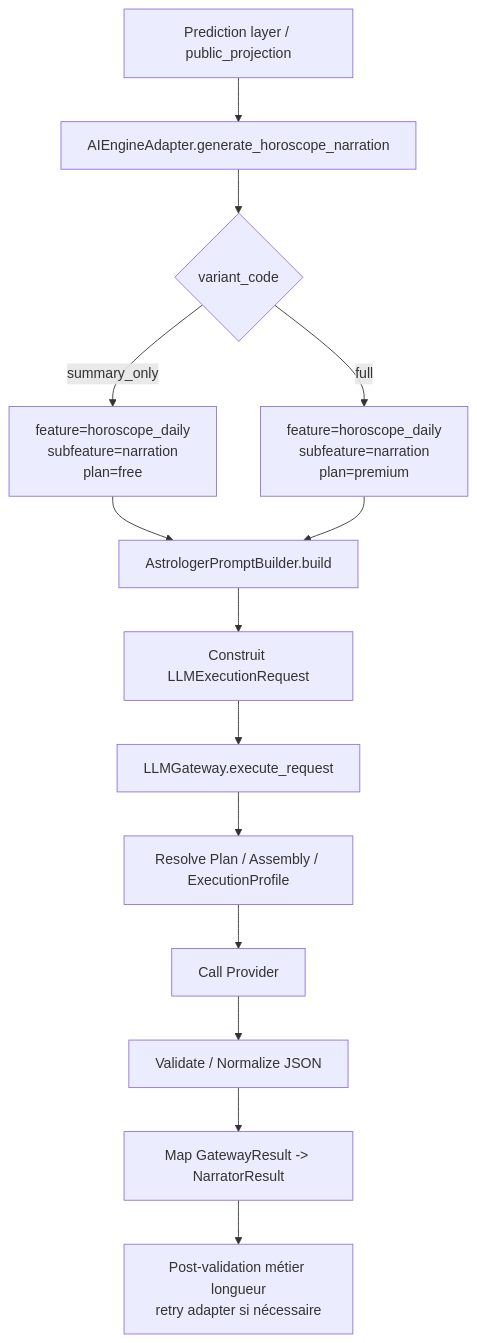
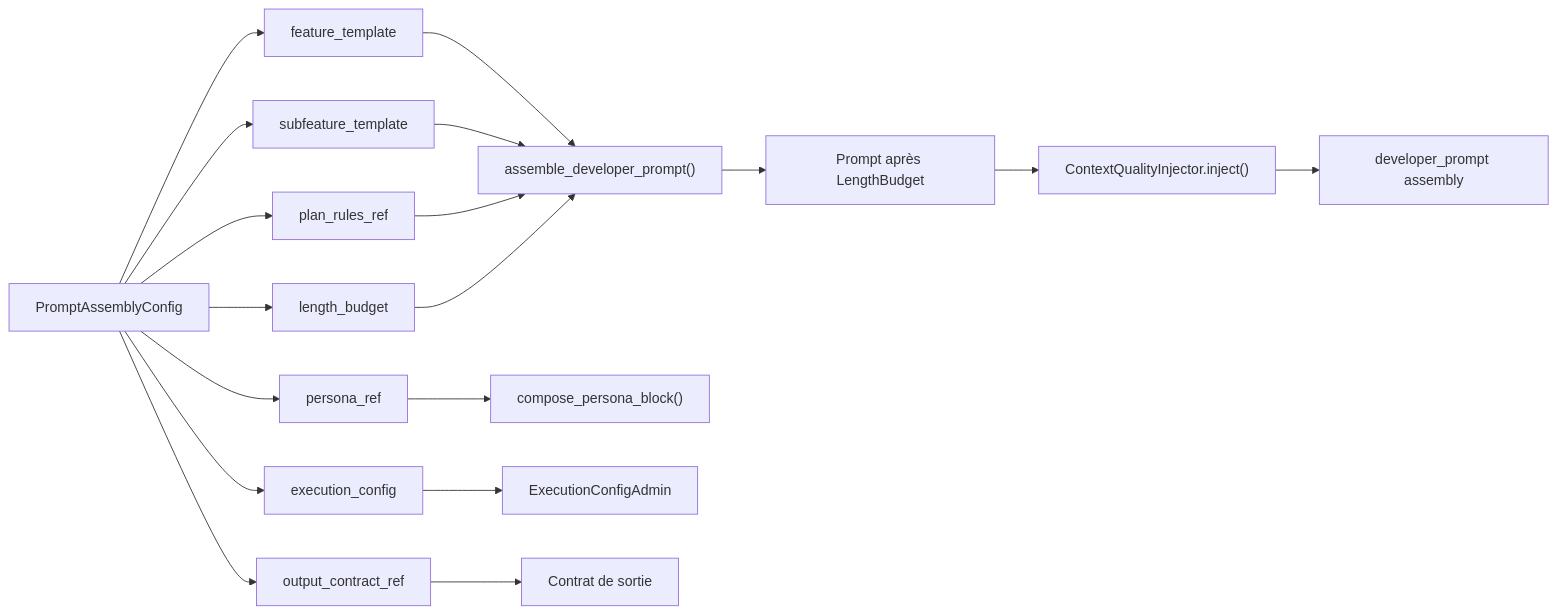
Before and after one commit to daconrilcy/horoscope_front: the fourth of 6 diagrams in docs/llm-prompt-generation-by-feature.md, drawn with Mermaid. The commit also changed other lines of this file and 32 other files, not shown here.

Commit message:
feat(llm): story 66.27 - propagate context_quality_handled_by_template to observability

````diff
--- a/docs/llm-prompt-generation-by-feature.md
+++ b/docs/llm-prompt-generation-by-feature.md
@@ -246,16 +242,21 @@
 ```mermaid
-flowchart TD
-    A["Prediction layer / public_projection"] --> B["AIEngineAdapter.generate_horoscope_narration"]
-    B --> C{"variant_code"}
-    C -->|summary_only| D["feature=horoscope_daily<br/>subfeature=narration<br/>plan=free"]
-    C -->|full| E["feature=horoscope_daily<br/>subfeature=narration<br/>plan=premium"]
-    D --> F["AstrologerPromptBuilder.build"]
-    E --> F
-    F --> G["Construit LLMExecutionRequest"]
-    G --> H["LLMGateway.execute_request"]
-    H --> I["Resolve Plan / Assembly / ExecutionProfile"]
-    I --> J["Call Provider"]
-    J --> K["Validate / Normalize JSON"]
-    K --> L["Map GatewayResult -> NarratorResult"]
-    L --> M["Post-validation métier longueur<br/>retry adapter si nécessaire"]
+flowchart LR
+    A["PromptAssemblyConfig"] --> B["feature_template"]
+    A --> C["subfeature_template"]
+    A --> D["plan_rules_ref"]
+    A --> E["persona_ref"]
+    A --> F["execution_config"]
+    A --> G["output_contract_ref"]
+    A --> H["length_budget"]
+
+    B --> I["assemble_developer_prompt()"]
+    C --> I
+    D --> I
+    H --> I
+    I --> J["Prompt après LengthBudget"]
+    J --> K["ContextQualityInjector.inject()"]
+    K --> L["developer_prompt assembly"]
+    E --> M["compose_persona_block()"]
+    F --> N["ExecutionConfigAdmin"]
+    G --> O["Contrat de sortie"]
 ```
````
